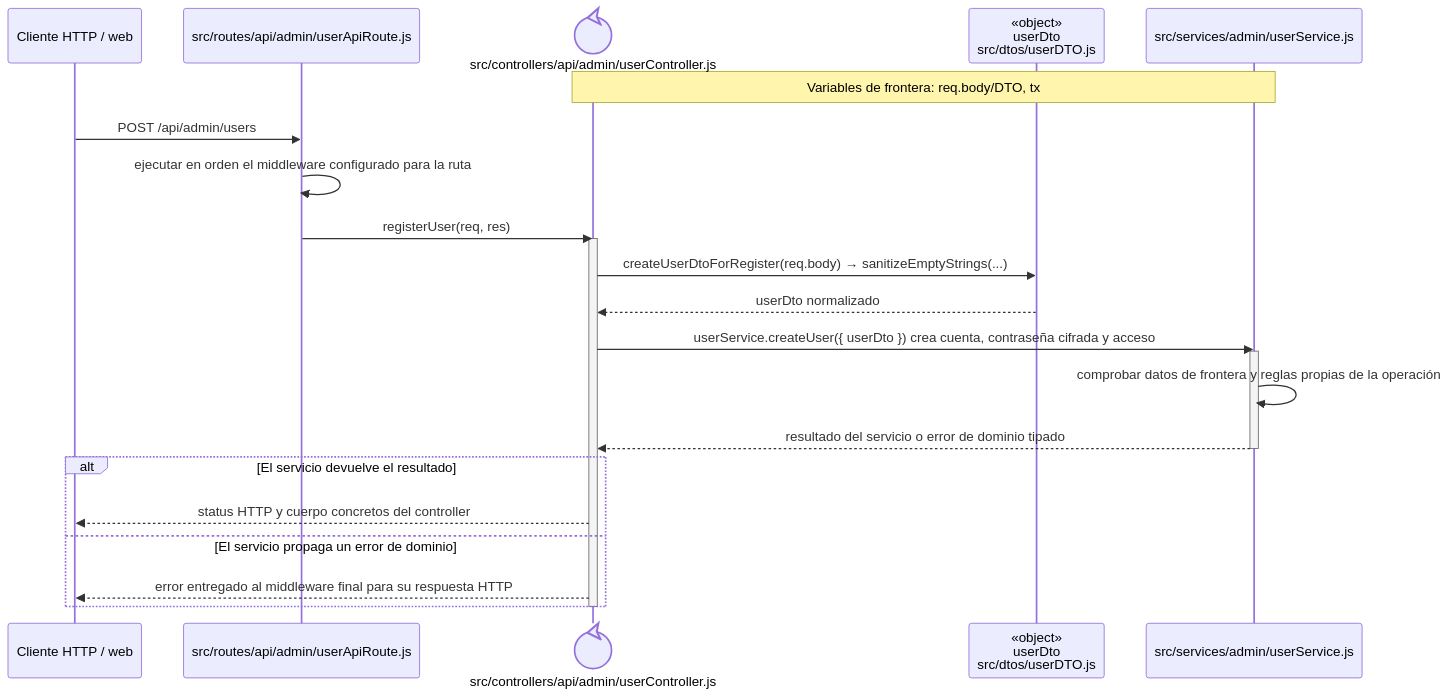
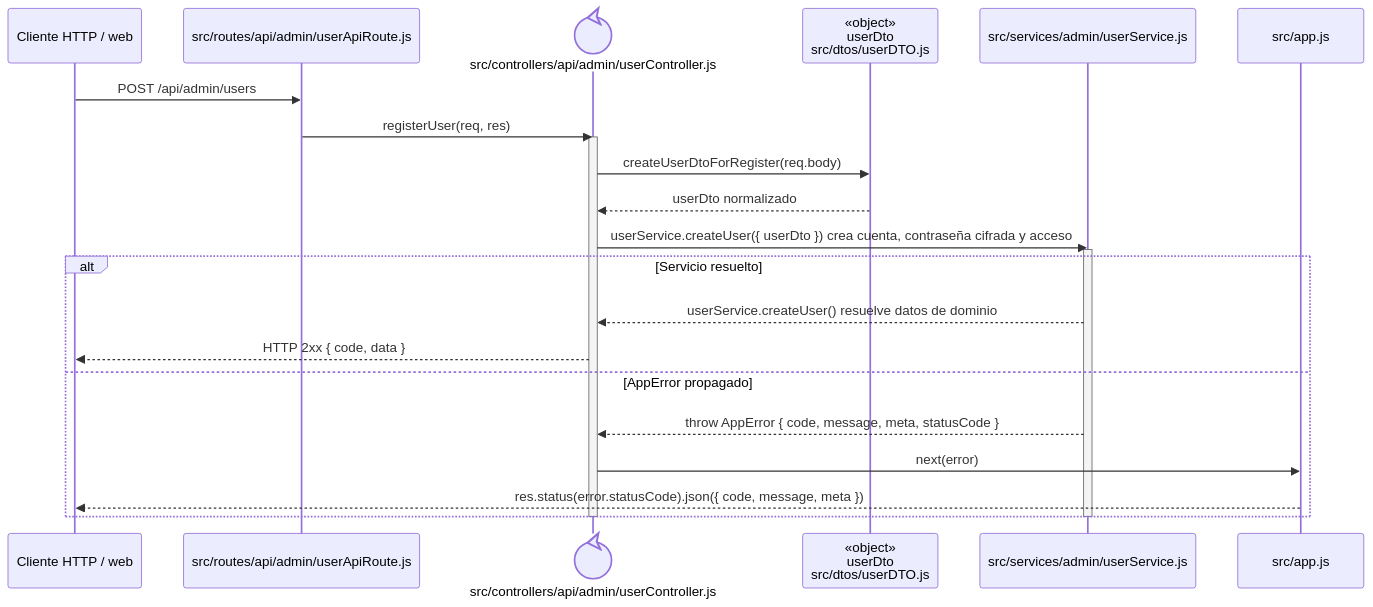
The diagram in docs/architecture/backend-code-sequences/identity-access/cu-ida-06.md (gpgsistemas01/nexus), drawn with Mermaid before and after one commit. The commit also changed 148 other files, not shown here.

````diff
--- a/docs/architecture/backend-code-sequences/identity-access/cu-ida-06.md
+++ b/docs/architecture/backend-code-sequences/identity-access/cu-ida-06.md
@@ -6,27 +6,27 @@
 ```mermaid
 sequenceDiagram
     participant Client as Cliente HTTP / web
     participant Route as src/routes/api/admin/userApiRoute.js
     participant Controller@{ "type": "control" } as src/controllers/api/admin/userController.js
     participant UserDto as «object»<br/>userDto<br/>src/dtos/userDTO.js
     participant Domain as src/services/admin/userService.js
-    Note over Controller,Domain: Variables de frontera: req.body/DTO, tx
+    participant ErrorHandler as src/app.js
 
     Client->>Route: POST /api/admin/users
-    Route->>Route: ejecutar en orden el middleware configurado para la ruta
     Route->>Controller: registerUser(req, res)
     activate Controller
-    Controller->>UserDto: createUserDtoForRegister(req.body) → sanitizeEmptyStrings(...)
+    Controller->>UserDto: createUserDtoForRegister(req.body)
     UserDto-->>Controller: userDto normalizado
     Controller->>Domain: userService.createUser({ userDto }) crea cuenta, contraseña cifrada y acceso
     activate Domain
-    Domain->>Domain: comprobar datos de frontera y reglas propias de la operación
-    Domain-->>Controller: resultado del servicio o error de dominio tipado
+    alt Servicio resuelto
+        Domain-->>Controller: userService.createUser() resuelve datos de dominio
+        Controller-->>Client: HTTP 2xx { code, data }
+    else AppError propagado
+        Domain-->>Controller: throw AppError { code, message, meta, statusCode }
+        Controller->>ErrorHandler: next(error)
+        ErrorHandler-->>Client: res.status(error.statusCode).json({ code, message, meta })
+    end
     deactivate Domain
-    alt El servicio devuelve el resultado
-        Controller-->>Client: status HTTP y cuerpo concretos del controller
-    else El servicio propaga un error de dominio
-        Controller-->>Client: error entregado al middleware final para su respuesta HTTP
-    end
     deactivate Controller
 ```
````
